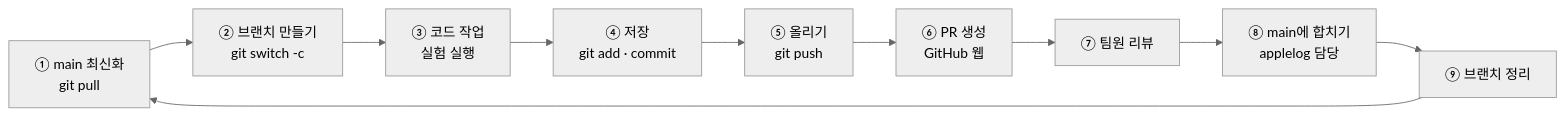
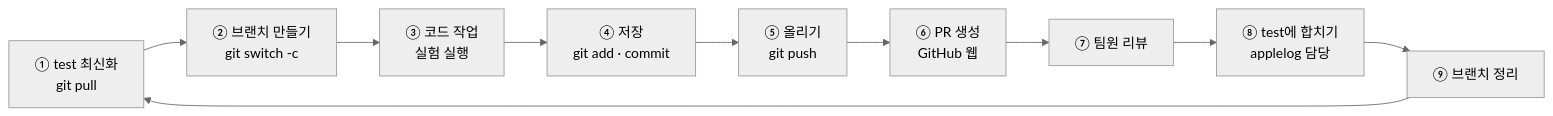
The second of 3 diagrams in 협업가이드.md (applelog/fashion-mnist-optimization-team-project), drawn with Mermaid (neutral theme) before and after one commit. The commit also changed other lines of this file and 35 other files, not shown here.

````diff
--- a/협업가이드.md
+++ b/협업가이드.md
@@ -61,12 +60,12 @@
 ```mermaid
 flowchart LR
-    P["① main 최신화<br/>git pull"] --> B["② 브랜치 만들기<br/>git switch -c"]
+    P["① test 최신화<br/>git pull"] --> B["② 브랜치 만들기<br/>git switch -c"]
     B --> W["③ 코드 작업<br/>실험 실행"]
     W --> C["④ 저장<br/>git add · commit"]
     C --> U["⑤ 올리기<br/>git push"]
     U --> R["⑥ PR 생성<br/>GitHub 웹"]
     R --> V["⑦ 팀원 리뷰"]
-    V --> M["⑧ main에 합치기<br/>applelog 담당"]
+    V --> M["⑧ test에 합치기<br/>applelog 담당"]
     M --> D["⑨ 브랜치 정리"]
     D --> P
 ```
````
